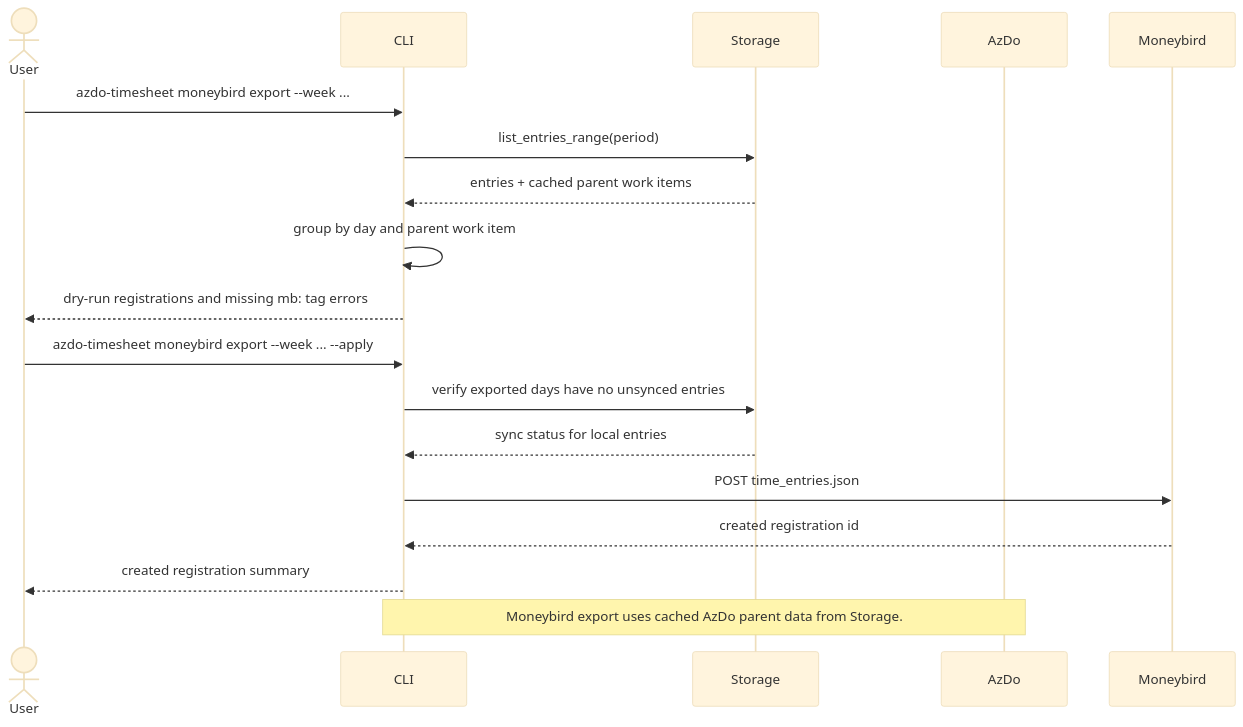
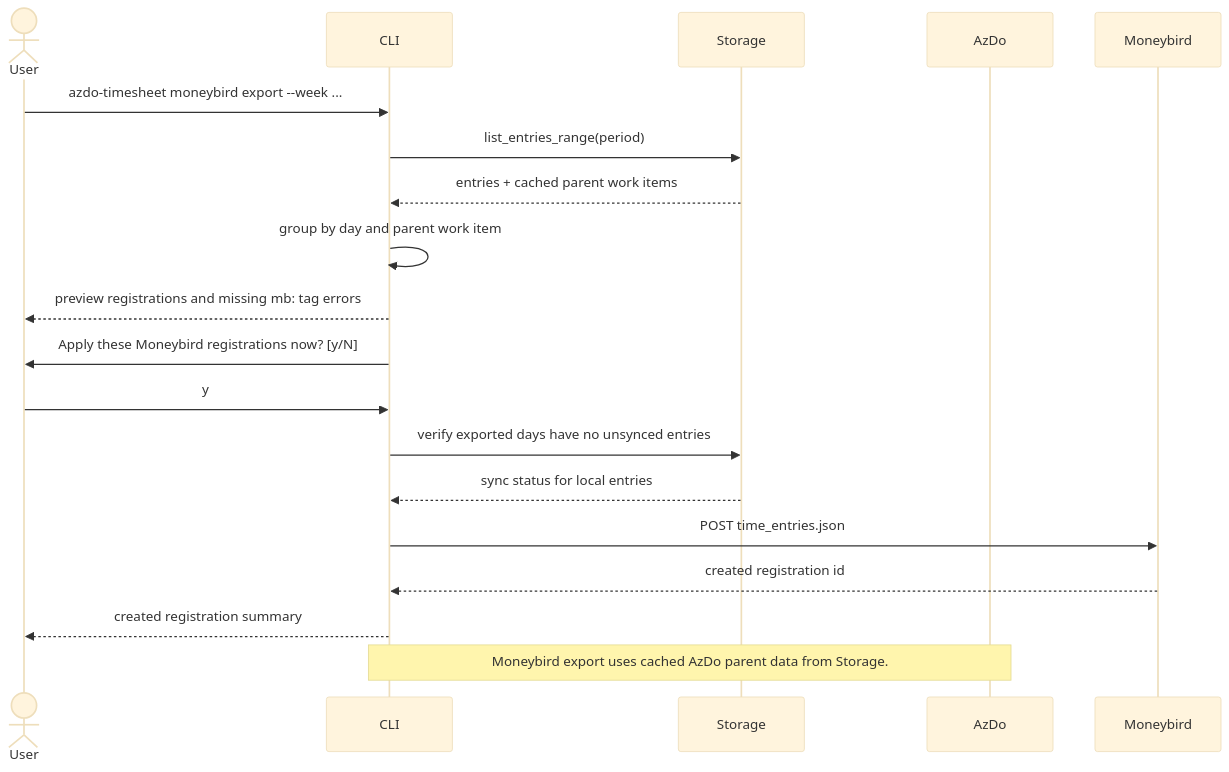
The fifth of 5 diagrams in docs/architecture.md (promicroNL/AzDo-TimeSheets), drawn with Mermaid (base theme) before and after one commit. The commit also changed 3 other files, not shown here.

Commit message:
Improve Moneybird export preview and start time override

````diff
--- a/docs/architecture.md
+++ b/docs/architecture.md
@@ -129,23 +129,24 @@
 ```mermaid
 sequenceDiagram
     actor User
     participant CLI
     participant Storage
     participant AzDo
     participant Moneybird
 
     User->>CLI: azdo-timesheet moneybird export --week ...
     CLI->>Storage: list_entries_range(period)
     Storage-->>CLI: entries + cached parent work items
     CLI->>CLI: group by day and parent work item
-    CLI-->>User: dry-run registrations and missing mb: tag errors
+    CLI-->>User: preview registrations and missing mb: tag errors
 
-    User->>CLI: azdo-timesheet moneybird export --week ... --apply
+    CLI->>User: Apply these Moneybird registrations now? [y/N]
+    User->>CLI: y
     CLI->>Storage: verify exported days have no unsynced entries
     Storage-->>CLI: sync status for local entries
     CLI->>Moneybird: POST time_entries.json
     Moneybird-->>CLI: created registration id
     CLI-->>User: created registration summary
 
     Note over CLI,AzDo: Moneybird export uses cached AzDo parent data from Storage.
 ```
````
